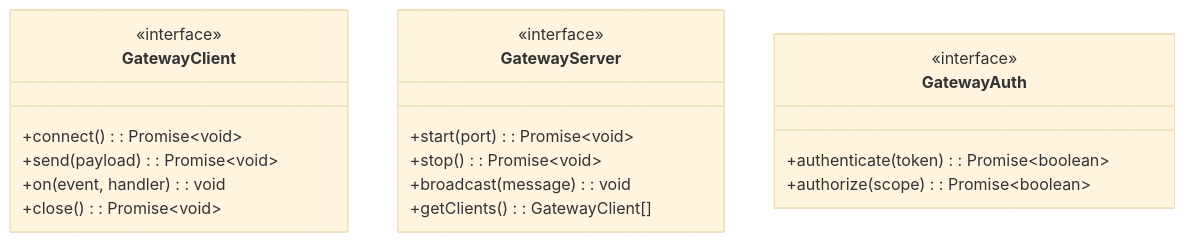
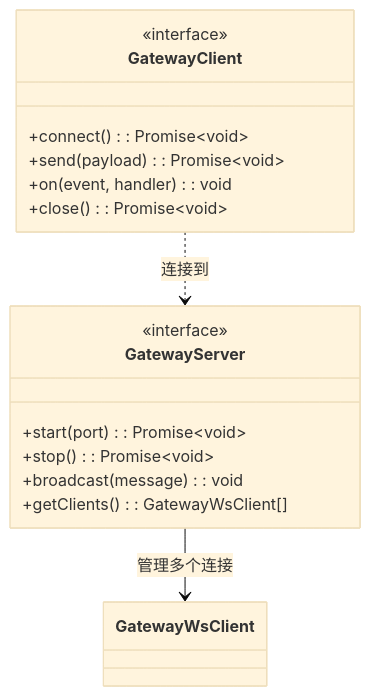
One commit to caicongyang/bloger changed diagram 18 of 26 in openclaw/DATA_STRUCTURES.md. Above: the diagram before and after it, drawn with Mermaid (base theme). The commit also changed other lines of this file and 13 other files, not shown here.

````diff
--- a/openclaw/DATA_STRUCTURES.md
+++ b/openclaw/DATA_STRUCTURES.md
@@ -563,24 +783,21 @@
 ```mermaid
 classDiagram
     class GatewayClient {
         <<interface>>
         +connect(): Promise~void~
         +send(payload): Promise~void~
         +on(event, handler): void
         +close(): Promise~void~
     }
-    
+
     class GatewayServer {
         <<interface>>
         +start(port): Promise~void~
         +stop(): Promise~void~
         +broadcast(message): void
-        +getClients(): GatewayClient[]
+        +getClients(): GatewayWsClient[]
     }
-    
-    class GatewayAuth {
-        <<interface>>
-        +authenticate(token): Promise~boolean~
-        +authorize(scope): Promise~boolean~
-    }
+
+    GatewayServer --> GatewayWsClient : 管理多个连接
+    GatewayClient ..> GatewayServer : 连接到
 ```
````
